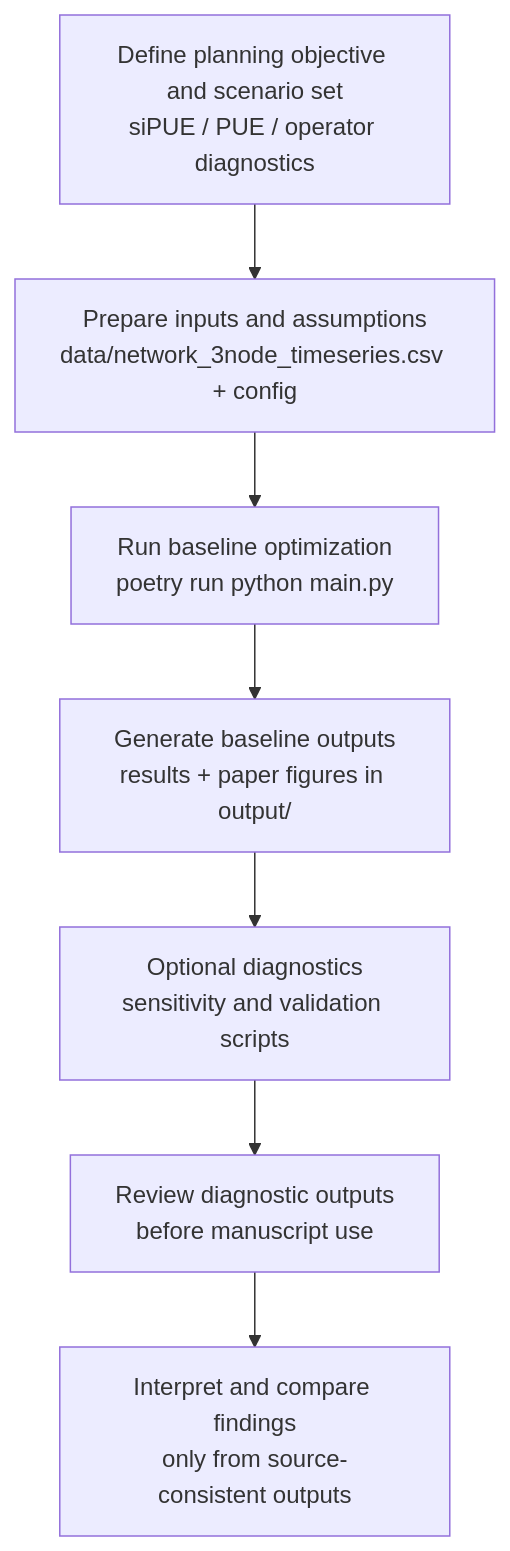
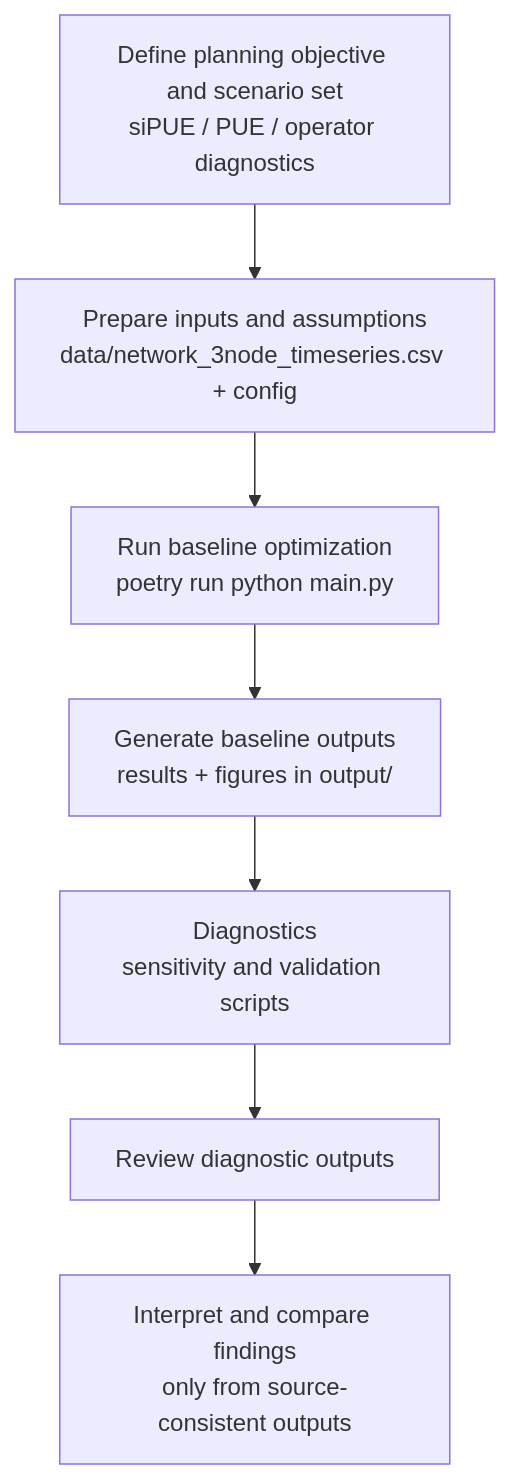
The first of 2 diagrams in sipue_modelling/README.md (sambeets/BRAVE), drawn with Mermaid before and after one commit. The commit also changed other lines of this file and 5 other files, not shown here.

Commit message:
Clean docs and figure runner names

````diff
--- a/sipue_modelling/README.md
+++ b/sipue_modelling/README.md
@@ -143,13 +135,13 @@
 ```mermaid
 flowchart TD
     A[Define planning objective and scenario set<br/>siPUE / PUE / operator diagnostics]
     B[Prepare inputs and assumptions<br/>data/network_3node_timeseries.csv + config]
     C[Run baseline optimization<br/>poetry run python main.py]
-    D[Generate baseline outputs<br/>results + paper figures in output/]
-    E[Optional diagnostics<br/>sensitivity and validation scripts]
-    F[Review diagnostic outputs<br/>before manuscript use]
+    D[Generate baseline outputs<br/>results + figures in output/]
+    E[Diagnostics<br/>sensitivity and validation scripts]
+    F[Review diagnostic outputs]
     G[Interpret and compare findings<br/>only from source-consistent outputs]
 
     A --> B --> C --> D
     D --> E --> F --> G
 ```
````
